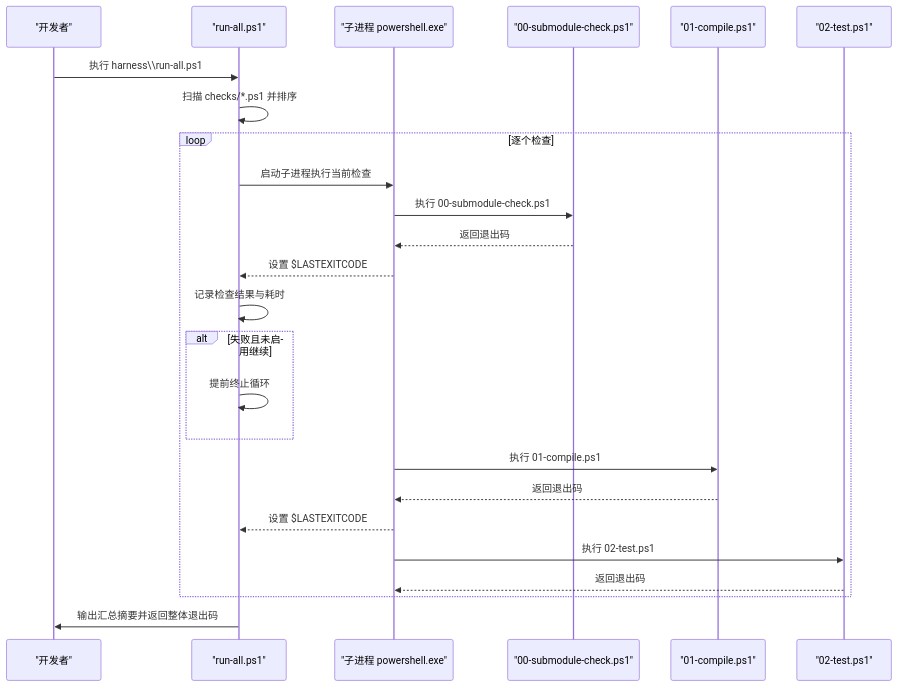
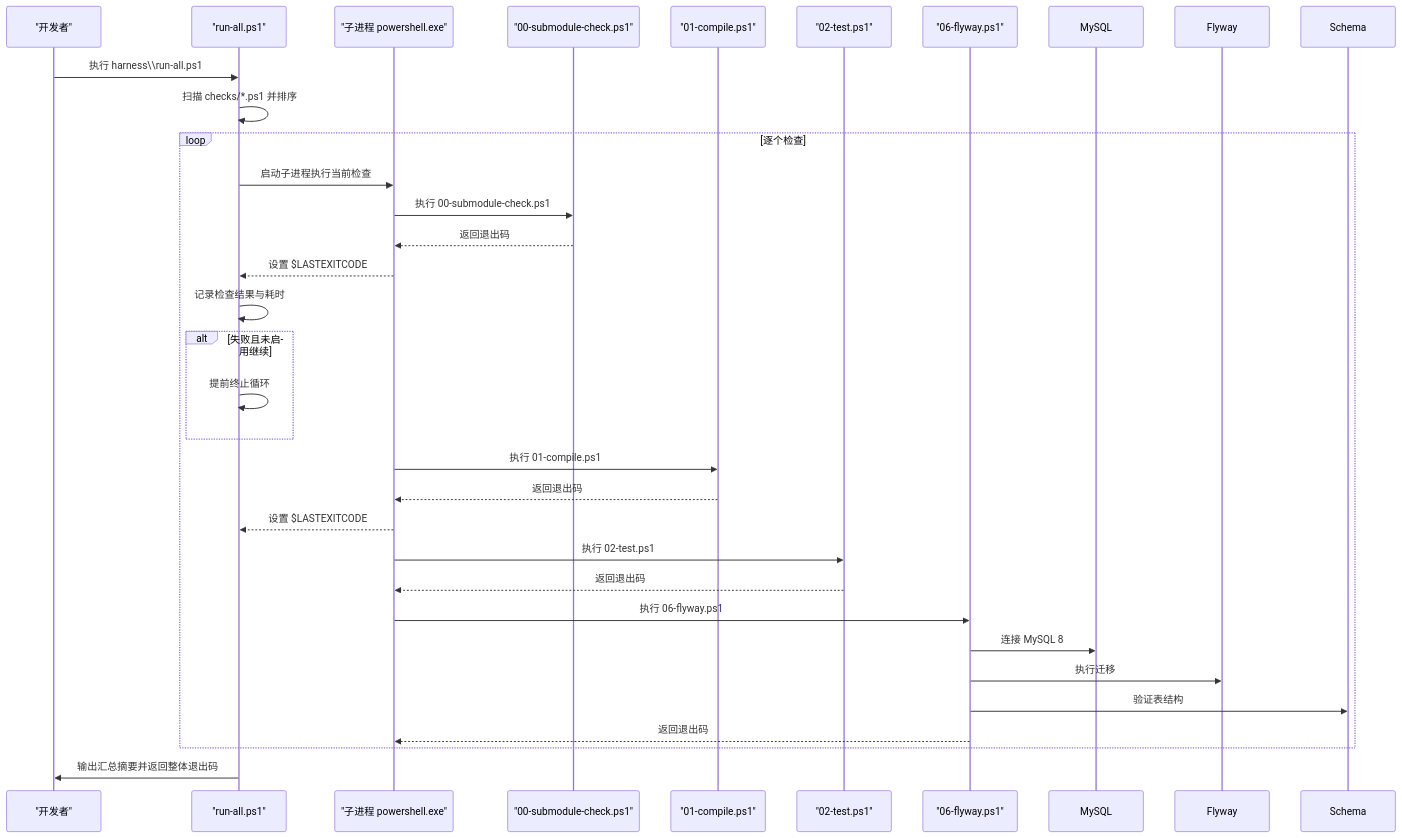
Before and after one commit to luyitiger6/my-first-project: the second of 8 diagrams in .qoder/repowiki/zh/content/自动化验证/自定义闸门开发.md, drawn with Mermaid. The commit also changed other lines of this file and 38 other files, not shown here.

````diff
--- a/.qoder/repowiki/zh/content/自动化验证/自定义闸门开发.md
+++ b/.qoder/repowiki/zh/content/自动化验证/自定义闸门开发.md
@@ -89,27 +95,33 @@
 ```mermaid
 sequenceDiagram
 participant Dev as "开发者"
 participant Runner as "run-all.ps1"
 participant SubPS as "子进程 powershell.exe"
 participant CheckA as "00-submodule-check.ps1"
 participant CheckB as "01-compile.ps1"
 participant CheckC as "02-test.ps1"
+participant CheckF as "06-flyway.ps1"
 Dev->>Runner : 执行 harness\\run-all.ps1
 Runner->>Runner : 扫描 checks/*.ps1 并排序
 loop 逐个检查
 Runner->>SubPS : 启动子进程执行当前检查
 SubPS->>CheckA : 执行 00-submodule-check.ps1
 CheckA-->>SubPS : 返回退出码
 SubPS-->>Runner : 设置 $LASTEXITCODE
 Runner->>Runner : 记录检查结果与耗时
 alt 失败且未启用继续
 Runner->>Runner : 提前终止循环
 end
 SubPS->>CheckB : 执行 01-compile.ps1
 CheckB-->>SubPS : 返回退出码
 SubPS-->>Runner : 设置 $LASTEXITCODE
 SubPS->>CheckC : 执行 02-test.ps1
 CheckC-->>SubPS : 返回退出码
+SubPS->>CheckF : 执行 06-flyway.ps1
+CheckF->>MySQL : 连接 MySQL 8
+CheckF->>Flyway : 执行迁移
+CheckF->>Schema : 验证表结构
+CheckF-->>SubPS : 返回退出码
 end
 Runner->>Dev : 输出汇总摘要并返回整体退出码
 ```
````
